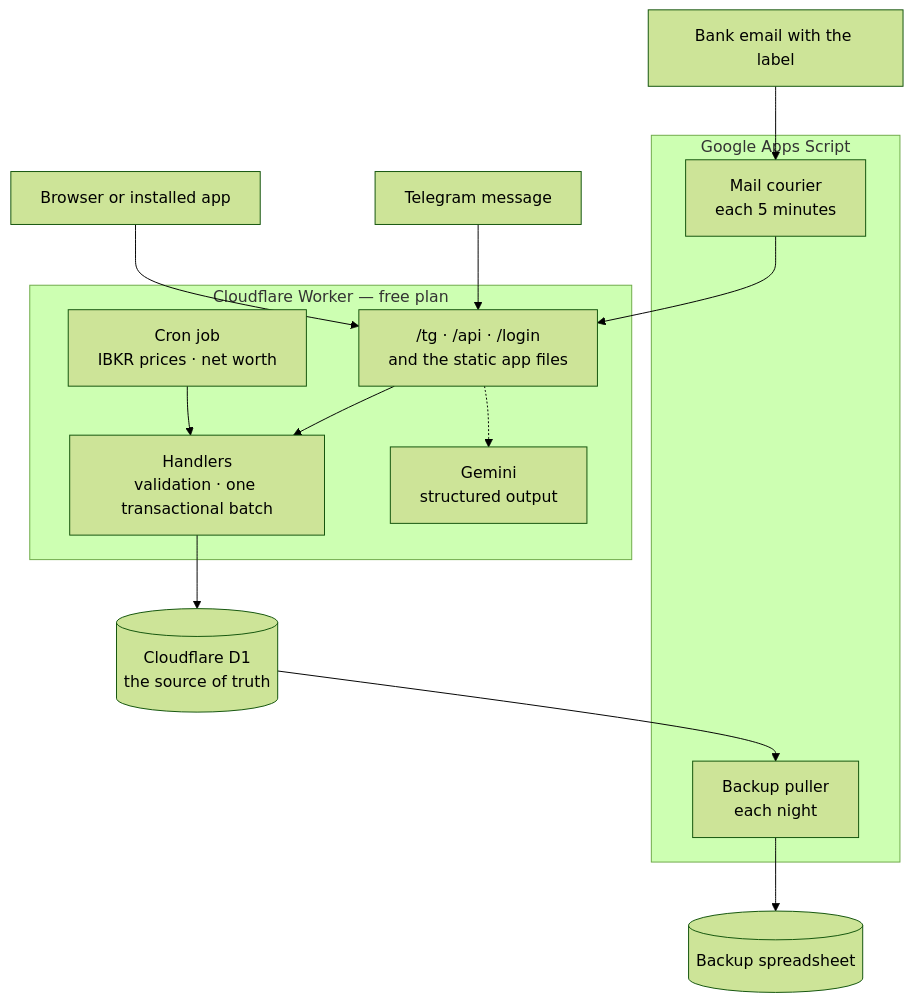
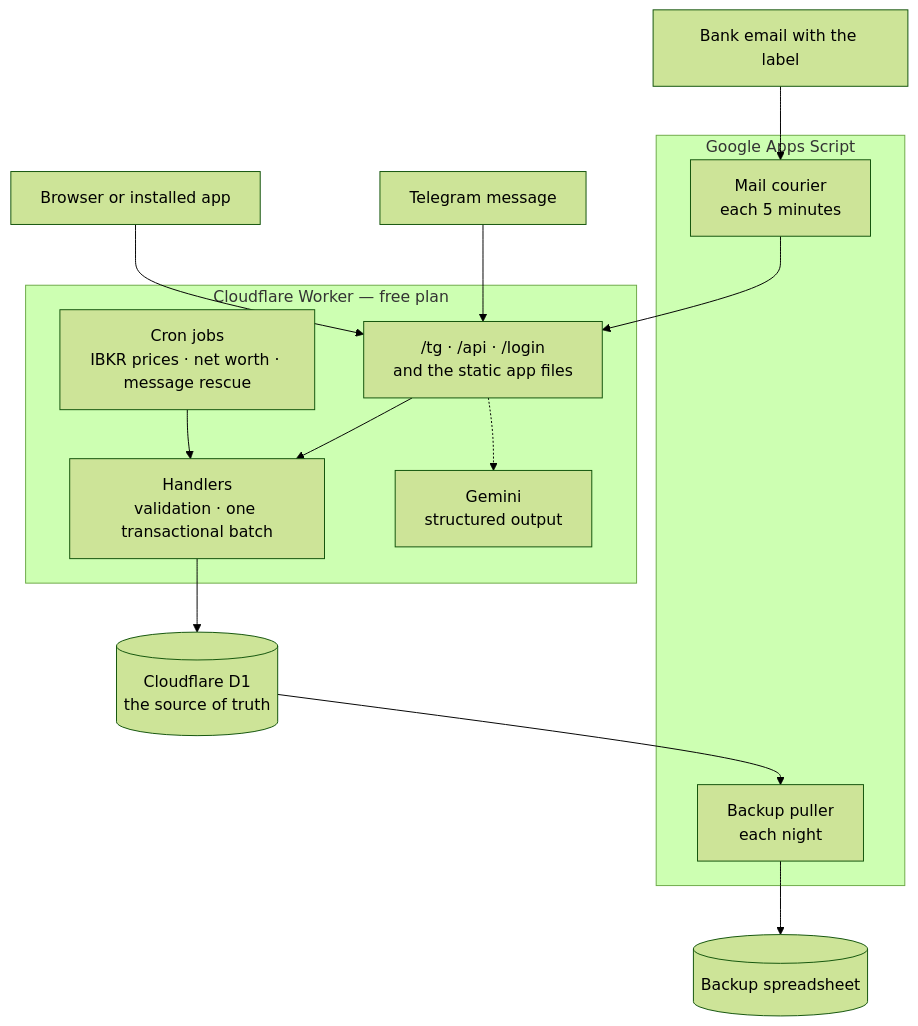
One commit to akaNiknok/FinanceTracker changed the diagram in README.md. Above: the diagram before and after it, drawn with Mermaid (forest theme). The commit also changed other lines of this file and 9 other files, not shown here.

````diff
--- a/README.md
+++ b/README.md
@@ -24,31 +24,31 @@
 ```mermaid
 flowchart TB
     TG["Telegram message"]
     BR["Browser or installed app"]
     ML["Bank email with the label"]
 
     subgraph CF["Cloudflare Worker — free plan"]
         WK["/tg · /api · /login<br/>and the static app files"]
         SV["Handlers<br/>validation · one transactional batch"]
-        JB["Cron job<br/>IBKR prices · net worth"]
+        JB["Cron jobs<br/>IBKR prices · net worth · message rescue"]
         AI["Gemini<br/>structured output"]
     end
 
     subgraph GS["Google Apps Script"]
         CR["Mail courier<br/>each 5 minutes"]
         BK["Backup puller<br/>each night"]
     end
 
     DB[("Cloudflare D1<br/>the source of truth")]
     SS[("Backup spreadsheet")]
 
     TG --> WK
     BR --> WK
     ML --> CR
     CR --> WK
     WK --> SV
     JB --> SV
     WK -.-> AI
     SV --> DB
     DB --> BK --> SS
 ```
````
